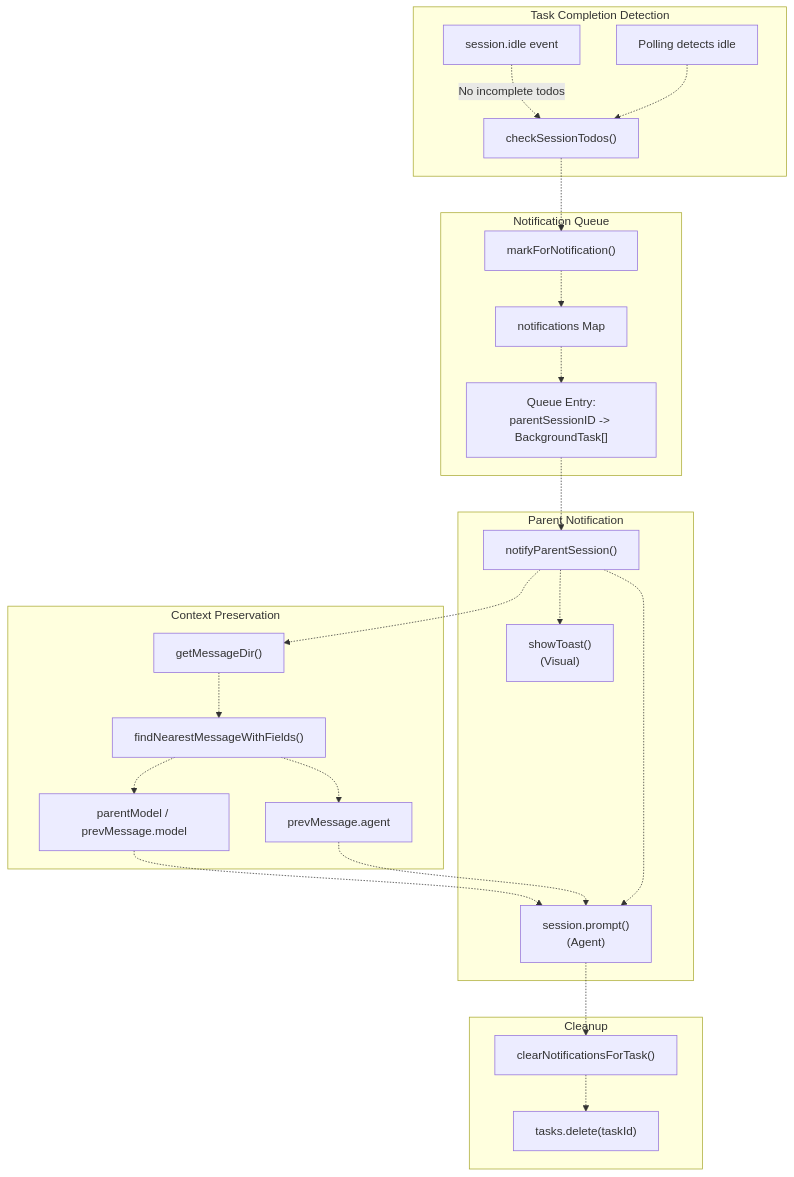
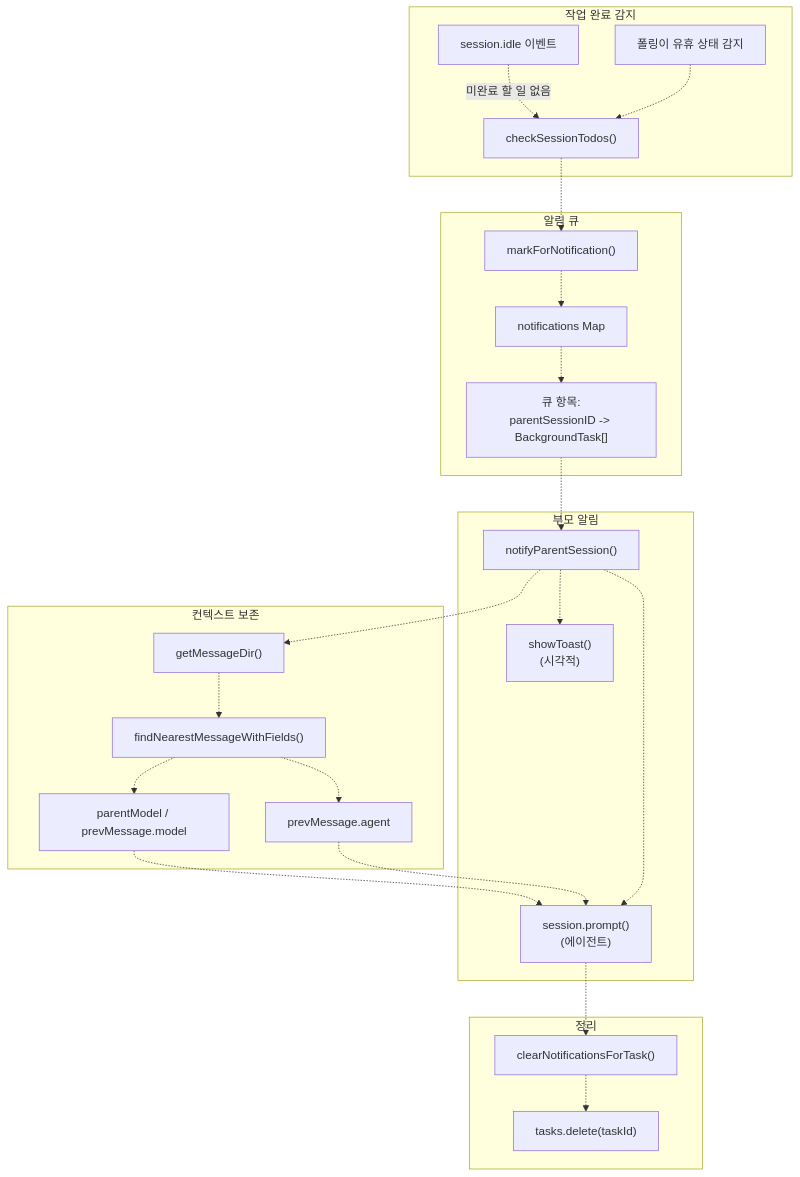
Before and after one commit to felipetruman/oh-my-opencode-docs: the first of 5 diagrams in docs/background-execution/notification-system.md, drawn with Mermaid. The commit also changed other lines of this file and 76 other files, not shown here.

````diff
--- a/docs/background-execution/notification-system.md
+++ b/docs/background-execution/notification-system.md
@@ -31,66 +31,66 @@
 ```mermaid
 flowchart TD
 
-Idle["session.idle event"]
-Poll["Polling detects idle"]
+Idle["session.idle 이벤트"]
+Poll["폴링이 유휴 상태 감지"]
 Todo["checkSessionTodos()"]
 Mark["markForNotification()"]
 Queue["notifications Map"]
-QueueEntry["Queue Entry:<br>parentSessionID -> BackgroundTask[]"]
+QueueEntry["큐 항목:<br>parentSessionID -> BackgroundTask[]"]
 Notify["notifyParentSession()"]
-Toast["showToast()<br>(Visual)"]
-Prompt["session.prompt()<br>(Agent)"]
+Toast["showToast()<br>(시각적)"]
+Prompt["session.prompt()<br>(에이전트)"]
 GetMsgDir["getMessageDir()"]
 FindPrev["findNearestMessageWithFields()"]
 ModelCtx["parentModel / prevMessage.model"]
 AgentCtx["prevMessage.agent"]
 ClearQueue["clearNotificationsForTask()"]
 DeleteTask["tasks.delete(taskId)"]
 
 Todo -.-> Mark
 QueueEntry -.-> Notify
 Notify -.-> GetMsgDir
 ModelCtx -.-> Prompt
 AgentCtx -.-> Prompt
 Prompt -.-> ClearQueue
 
-subgraph Cleanup ["Cleanup"]
+subgraph Cleanup ["정리"]
     ClearQueue
     DeleteTask
     ClearQueue -.-> DeleteTask
 end
 
-subgraph subGraph3 ["Context Preservation"]
+subgraph subGraph3 ["컨텍스트 보존"]
     GetMsgDir
     FindPrev
     ModelCtx
     AgentCtx
     GetMsgDir -.-> FindPrev
     FindPrev -.-> ModelCtx
     FindPrev -.-> AgentCtx
 end
 
-subgraph subGraph2 ["Parent Notification"]
+subgraph subGraph2 ["부모 알림"]
     Notify
     Toast
     Prompt
     Notify -.-> Toast
     Notify -.-> Prompt
 end
 
-subgraph subGraph1 ["Notification Queue"]
+subgraph subGraph1 ["알림 큐"]
     Mark
     Queue
     QueueEntry
     Mark -.-> Queue
     Queue -.-> QueueEntry
 end
 
-subgraph subGraph0 ["Task Completion Detection"]
+subgraph subGraph0 ["작업 완료 감지"]
     Idle
     Poll
     Todo
-    Idle -.->|"No incomplete todos"| Todo
+    Idle -.->|"미완료 할 일 없음"| Todo
     Poll -.-> Todo
 end
 ```
````
